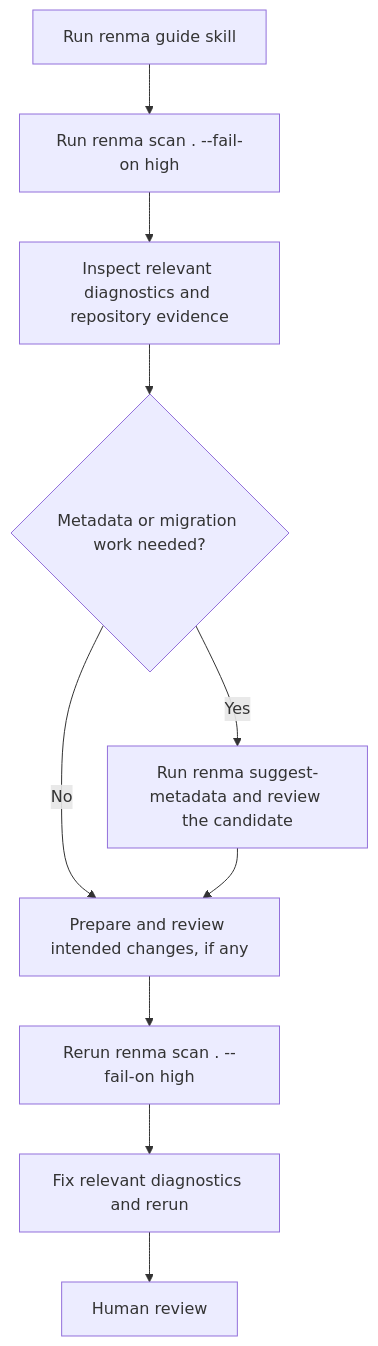
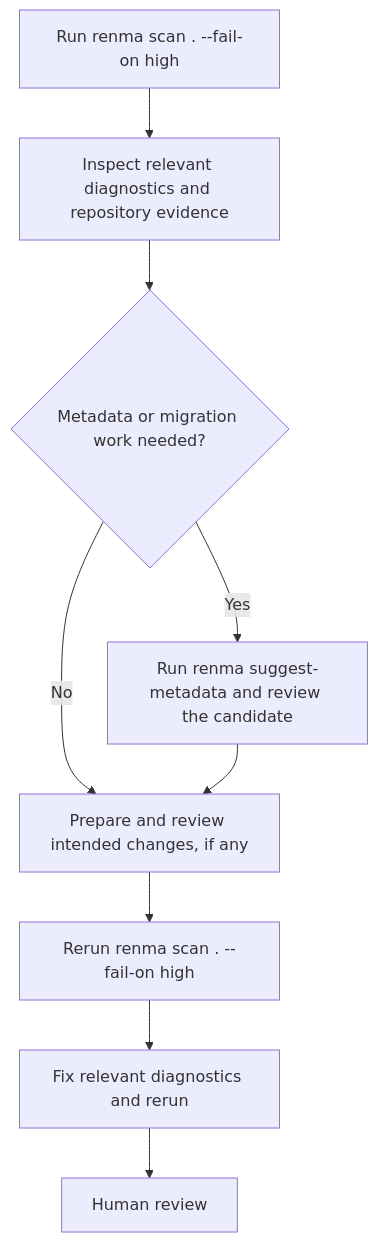
The second of 2 diagrams in docs/user-manual.md (KazuCocoa/renma), drawn with Mermaid before and after one commit. The commit also changed other lines of this file and 16 other files, not shown here.

````diff
--- a/docs/user-manual.md
+++ b/docs/user-manual.md
@@ -325,12 +342,12 @@
 ```mermaid
 flowchart TD
-  Guide["Run renma guide skill"] --> Scan["Run renma scan . --fail-on high"]
+  Scan["Run renma scan . --fail-on high"]
   Scan --> Evidence["Inspect relevant diagnostics and repository evidence"]
   Evidence --> NeedMetadata{"Metadata or migration work needed?"}
   NeedMetadata -- Yes --> Suggest["Run renma suggest-metadata and review the candidate"]
   NeedMetadata -- No --> Prepare["Prepare and review intended changes, if any"]
   Suggest --> Prepare
   Prepare --> Validate["Rerun renma scan . --fail-on high"]
   Validate --> Fix["Fix relevant diagnostics and rerun"]
   Fix --> Review["Human review"]
 ```
````
